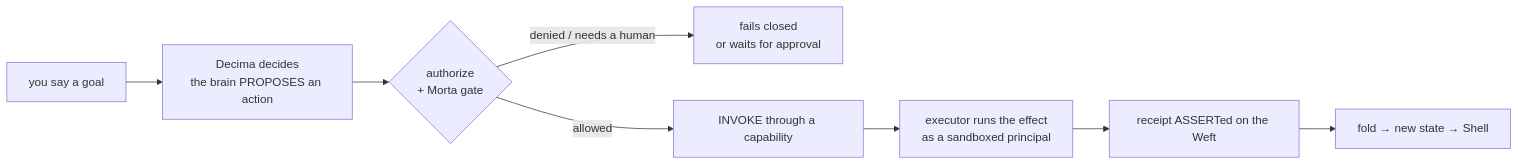
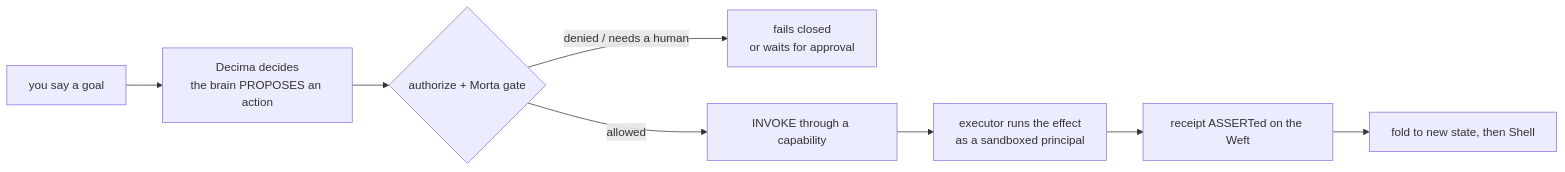
Before and after one commit to Judgernaut777/Decima: the third of 4 diagrams in README.md, drawn with Mermaid. The commit also changed other lines of this file, not shown here.

First line of the commit message:
docs: fix mermaid rendering — quote all node/edge labels, ASCII arrows

````diff
--- a/README.md
+++ b/README.md
@@ -77,10 +77,10 @@
 ```mermaid
 flowchart LR
-    Say[you say a goal] --> Decide[Decima decides<br/>the brain PROPOSES an action]
-    Decide --> Auth{authorize<br/>+ Morta gate}
-    Auth -->|denied / needs a human| Stop[fails closed<br/>or waits for approval]
-    Auth -->|allowed| Inv[INVOKE through a capability]
-    Inv --> Exec[executor runs the effect<br/>as a sandboxed principal]
-    Exec --> Rcpt[receipt ASSERTed on the Weft]
-    Rcpt --> Fold[fold → new state → Shell]
+    Say["you say a goal"] --> Decide["Decima decides<br/>the brain PROPOSES an action"]
+    Decide --> Auth{"authorize + Morta gate"}
+    Auth -->|"denied / needs a human"| Stop["fails closed<br/>or waits for approval"]
+    Auth -->|allowed| Inv["INVOKE through a capability"]
+    Inv --> Exec["executor runs the effect<br/>as a sandboxed principal"]
+    Exec --> Rcpt["receipt ASSERTed on the Weft"]
+    Rcpt --> Fold["fold to new state, then Shell"]
 ```
````
